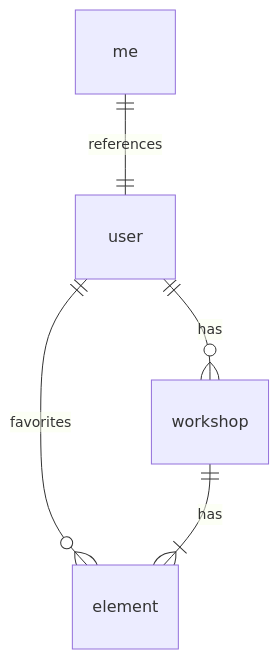
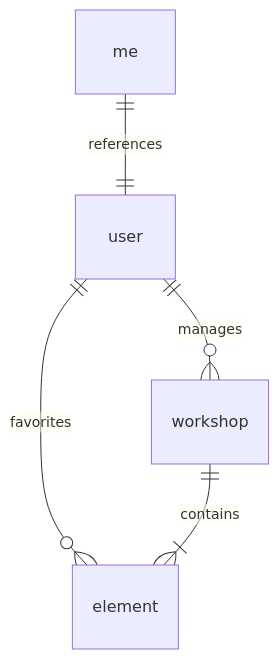
Before and after one commit to marcoklein/impromat: the first of 3 diagrams in packages/docs/src/architecture/database-model.md, drawn with Mermaid. The commit also changed other lines of this file and 14 other files, not shown here.

````diff
--- a/packages/docs/src/architecture/database-model.md
+++ b/packages/docs/src/architecture/database-model.md
@@ -9,15 +10,15 @@
 ```mermaid
 erDiagram
     me ||--|| user : references
     me {
     }
-    user ||--o{ workshop : has
+    user ||--o{ workshop : manages
     user ||--o{ element : favorites
     user {
     }
     workshop {
     }
-    workshop ||--|{ element : has
+    workshop ||--|{ element : contains
     element {
     }
 ```
````
